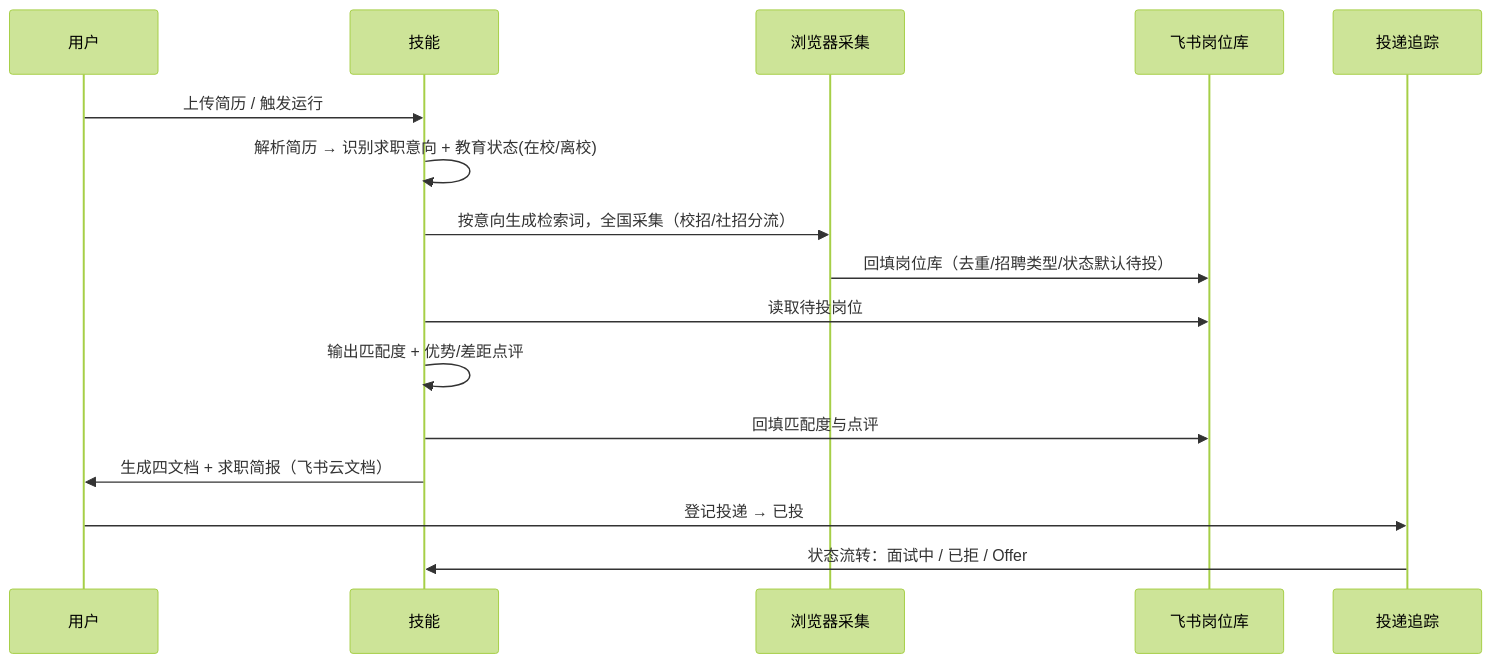
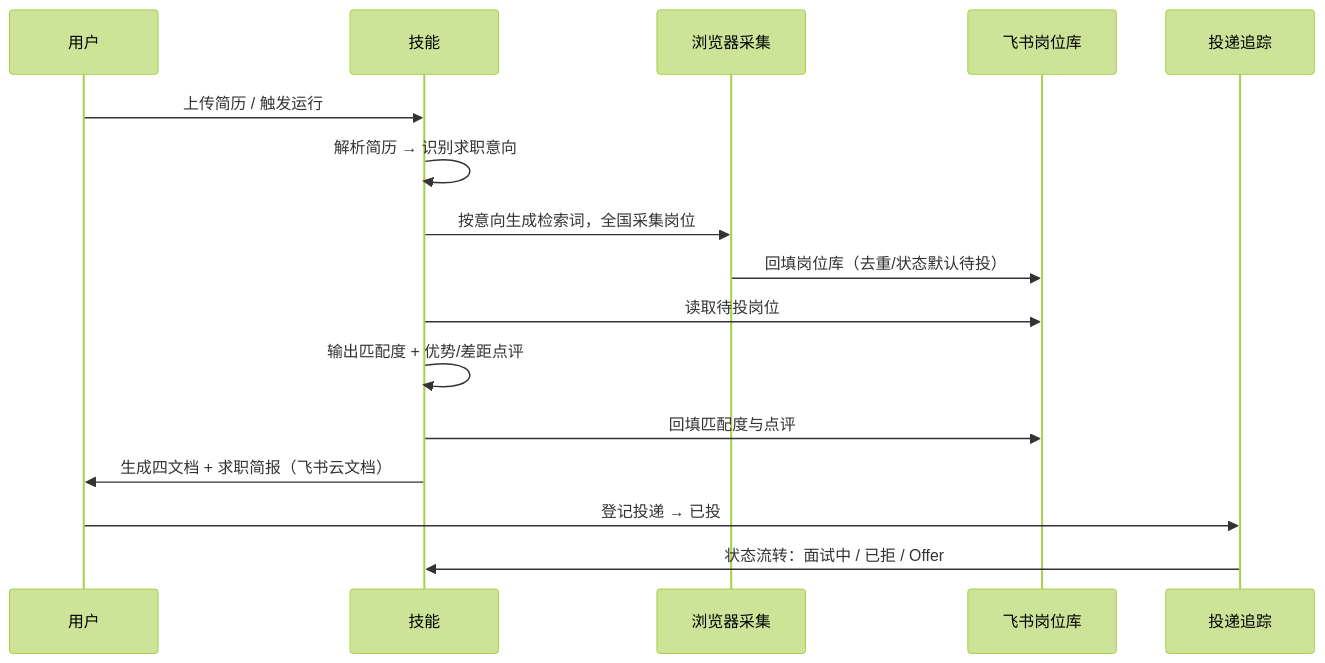
Before and after one commit to lzlin3459-hash/ai-job-manager: the second of 2 diagrams in README.md, drawn with Mermaid (forest theme). The commit also changed other lines of this file and 3 other files, not shown here.

````diff
--- a/README.md
+++ b/README.md
@@ -135,19 +145,19 @@
 ```mermaid
 sequenceDiagram
     participant U as 用户
     participant S as 技能
     participant W as 浏览器采集
     participant B as 飞书岗位库
     participant T as 投递追踪
 
     U->>S: 上传简历 / 触发运行
-    S->>S: 解析简历 → 识别求职意向 + 教育状态(在校/离校)
-    S->>W: 按意向生成检索词，全国采集（校招/社招分流）
-    W->>B: 回填岗位库（去重/招聘类型/状态默认待投）
+    S->>S: 解析简历 → 识别求职意向
+    S->>W: 按意向生成检索词，全国采集岗位
+    W->>B: 回填岗位库（去重/状态默认待投）
     S->>B: 读取待投岗位
     S->>S: 输出匹配度 + 优势/差距点评
     S->>B: 回填匹配度与点评
     S->>U: 生成四文档 + 求职简报（飞书云文档）
     U->>T: 登记投递 → 已投
     T->>S: 状态流转：面试中 / 已拒 / Offer
 ```
````
